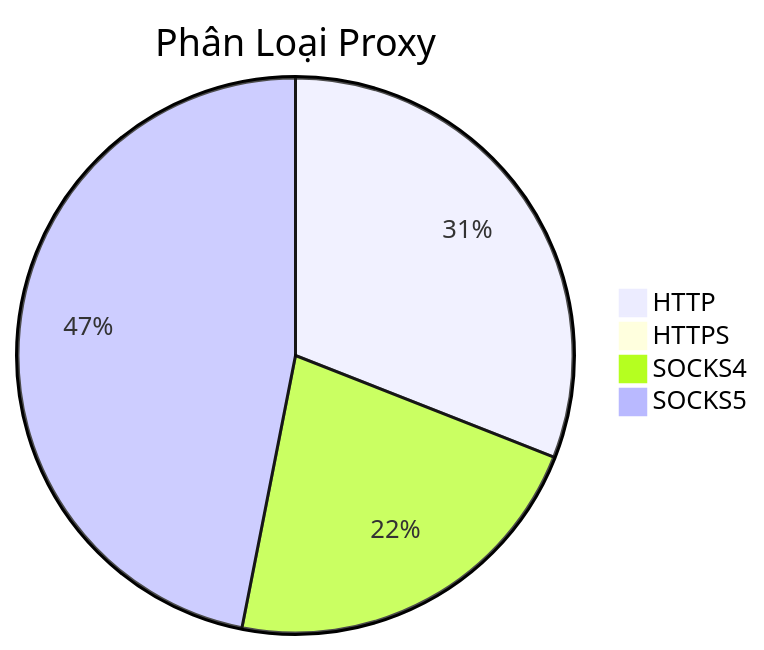
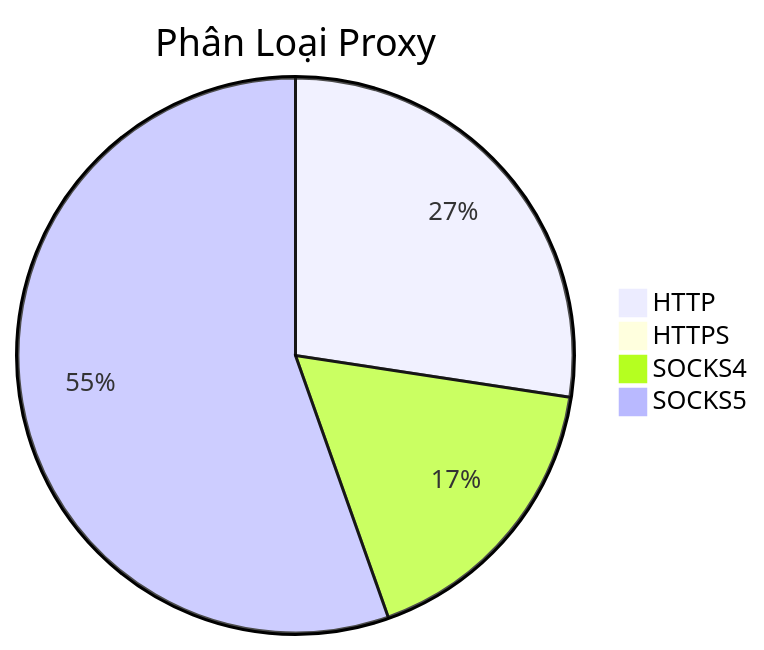
The diagram in README.md (Ciara-12/PROXY-free), drawn with Mermaid before and after one commit. The commit also changed other lines of this file and 4 other files, not shown here.

````diff
--- a/README.md
+++ b/README.md
@@ -26,7 +26,7 @@
 ```mermaid
 pie title Phân Loại Proxy
-    "HTTP" : 631
+    "HTTP" : 799
     "HTTPS" : 3
-    "SOCKS4" : 451
-    "SOCKS5" : 956
+    "SOCKS4" : 501
+    "SOCKS5" : 1616
 ```
````
